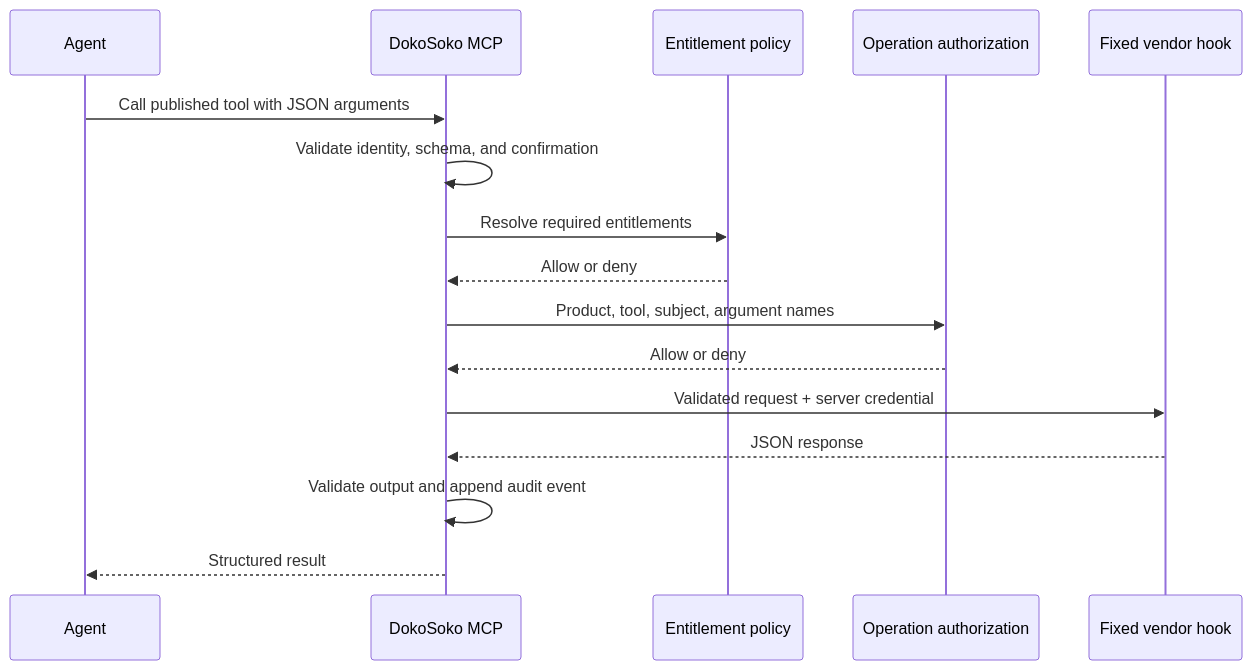
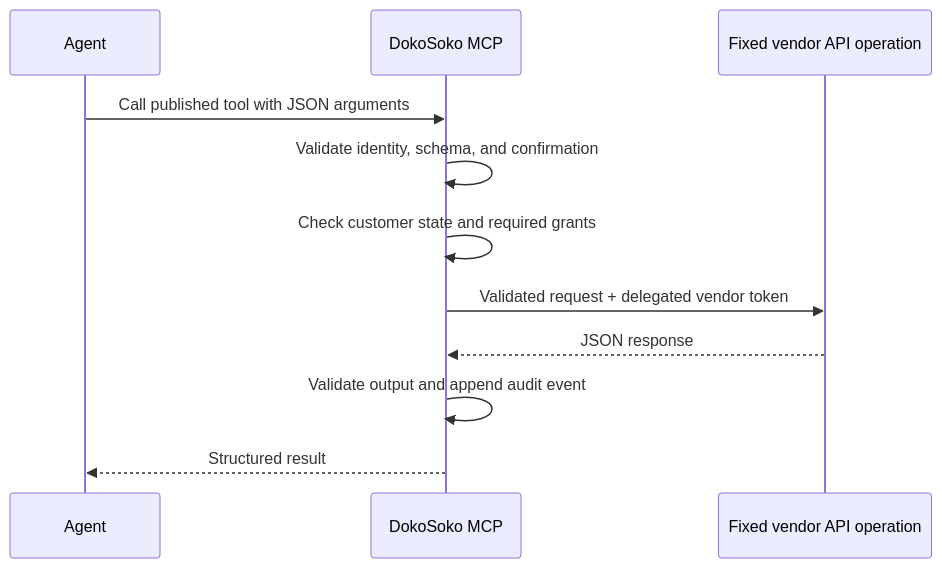
One commit to Dokosoko-AI/dokosoko-docs changed the diagram in src/content/docs/guides/custom-tools.md. Above: the diagram before and after it, drawn with Mermaid. The commit also changed other lines of this file and 39 other files, not shown here.

````diff
--- a/src/content/docs/guides/custom-tools.md
+++ b/src/content/docs/guides/custom-tools.md
@@ -98,18 +97,13 @@
 ```mermaid
 sequenceDiagram
     participant A as Agent
     participant M as DokoSoko MCP
-    participant E as Entitlement policy
-    participant Z as Operation authorization
-    participant H as Fixed vendor hook
+    participant H as Fixed vendor API operation
     A->>M: Call published tool with JSON arguments
     M->>M: Validate identity, schema, and confirmation
-    M->>E: Resolve required entitlements
-    E-->>M: Allow or deny
-    M->>Z: Product, tool, subject, argument names
-    Z-->>M: Allow or deny
-    M->>H: Validated request + server credential
+    M->>M: Check customer state and required grants
+    M->>H: Validated request + delegated vendor token
     H-->>M: JSON response
     M->>M: Validate output and append audit event
     M-->>A: Structured result
 ```
````
